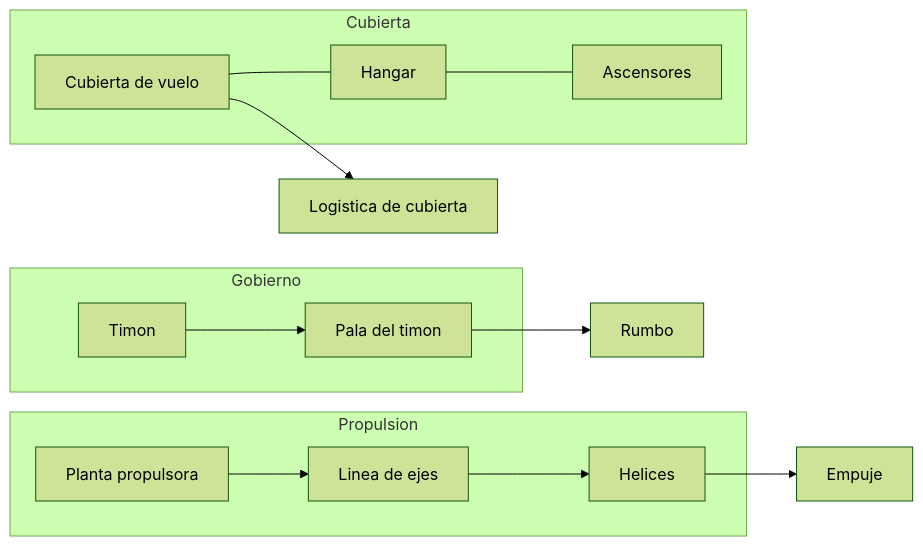
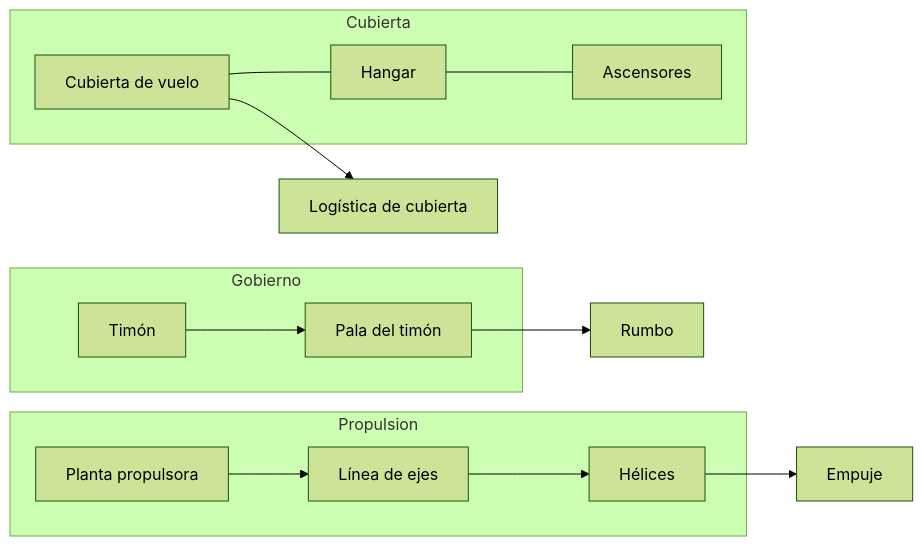
Before and after one commit to vladimiracunadev-create/machine-operator-program: the first of 2 diagrams in vehiculos/portaviones/operacion/sistemas-mecanicos-portaviones.md, drawn with Mermaid (forest theme). The commit also changed other lines of this file and 442 other files, not shown here.

````diff
--- a/vehiculos/portaviones/operacion/sistemas-mecanicos-portaviones.md
+++ b/vehiculos/portaviones/operacion/sistemas-mecanicos-portaviones.md
@@ -10,16 +10,16 @@
 ```mermaid
 flowchart LR
     subgraph Propulsion
-        M[Planta propulsora] --> Ej[Linea de ejes] --> H[Helices]
+        M[Planta propulsora] --> Ej[Línea de ejes] --> H[Hélices]
     end
     subgraph Gobierno
-        Ti[Timon] --> Pa[Pala del timon]
+        Ti[Timón] --> Pa[Pala del timón]
     end
     subgraph Cubierta
         Cv[Cubierta de vuelo] --- Ha[Hangar]
         Ha --- As[Ascensores]
     end
     H --> Empuje[Empuje]
     Pa --> Rumbo[Rumbo]
-    Cv --> Logistica[Logistica de cubierta]
+    Cv --> Logistica[Logística de cubierta]
 ```
````
